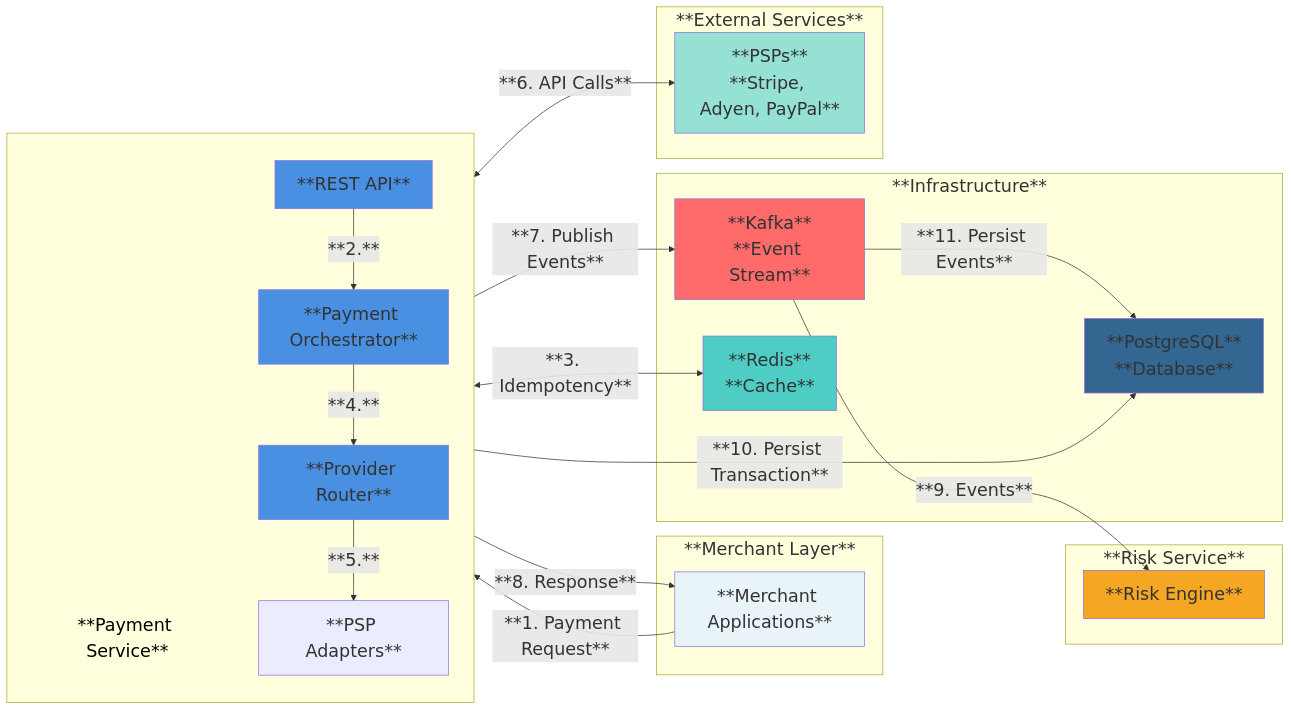
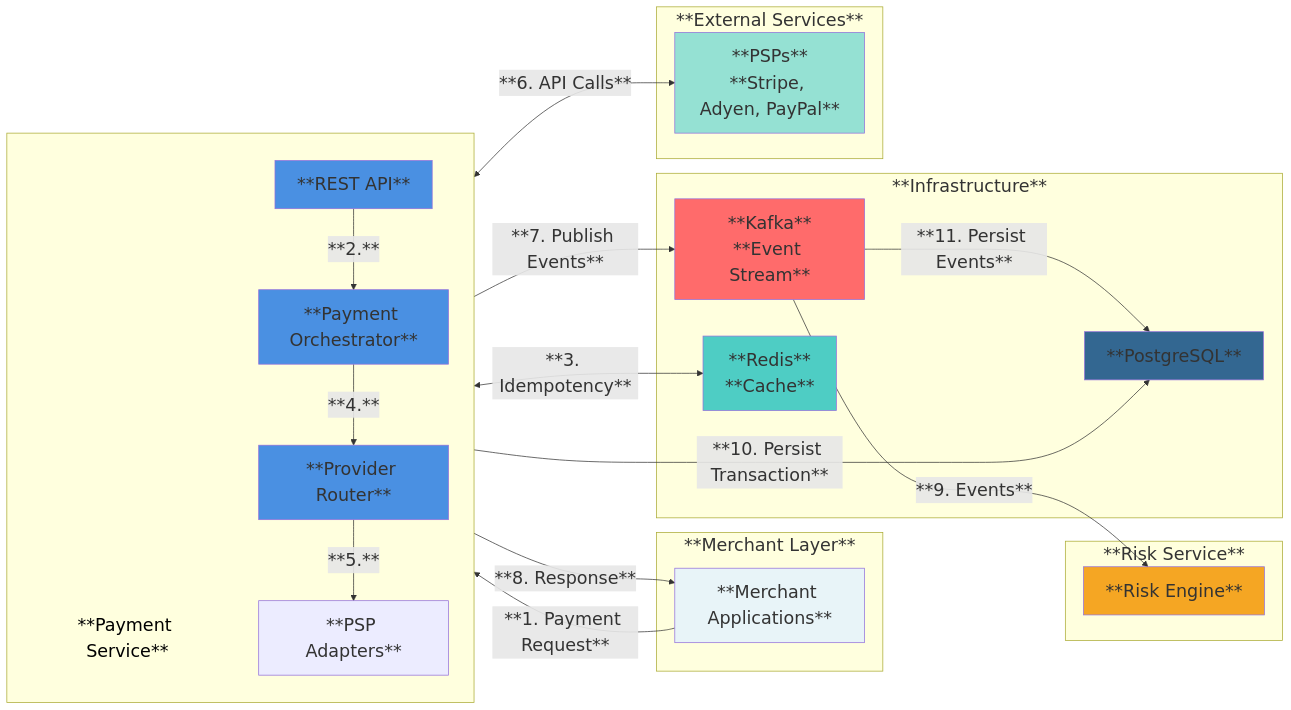
One commit to mehal1/payment-integration-framework changed the first of 3 diagrams in README.md. Above: the diagram before and after it, drawn with Mermaid. The commit also changed other lines of this file, not shown here.

Commit message:
feat: add payment query and reporting APIs
Add REST endpoints for querying transactions, events, and statistics.
Includes filtering, pagination, and aggregated stats for merchants and operations teams.

````diff
--- a/README.md
+++ b/README.md
@@ -110,63 +110,63 @@
 ```mermaid
 ---
 config:
   themeVariables:
     fontSize: 24px
     fontFamily: ''
     primaryTextColor: '#000000'
     lineColor: '#333333'
     primaryBorderColor: '#333333'
     subgraphPadding: 50
   layout: dagre
 ---
 graph LR
     subgraph ML["**Merchant Layer**"]
         MerchantApps[**Merchant Applications**]
     end
 
     subgraph PS[" "]
         direction TB
         PSLabel["**Payment Service**"]
         API[**REST API**]
         Orchestrator[**Payment Orchestrator**]
         Router[**Provider Router**]
         Adapters[**PSP Adapters**]
     end
 
     subgraph DL["**Infrastructure**"]
         Kafka[**Kafka**<br/>**Event Stream**]
         Redis[**Redis**<br/>**Cache**]
-        PostgreSQL[**PostgreSQL**<br/>**Database**]
+        PostgreSQL[**PostgreSQL**]
     end
 
     subgraph RS["**Risk Service**"]
         RiskEngine[**Risk Engine**]
     end
 
     subgraph ES["**External Services**"]
         PSPs[**PSPs**<br/>**Stripe, Adyen, PayPal**]
     end
 
     MerchantApps -->|**1. Payment Request**| API
     API -->|**2.**| Orchestrator
     Orchestrator <-->|**3. Idempotency**| Redis
     Orchestrator -->|**4.**| Router
     Router -->|**5.**| Adapters
     Adapters <-->|**6. API Calls**| PSPs
     Orchestrator -->|**7. Publish Events**| Kafka
     Orchestrator -->|**10. Persist Transaction**| PostgreSQL
     Kafka -->|**9. Events**| RiskEngine
     Kafka -->|**11. Persist Events**| PostgreSQL
     API -->|**8. Response**| MerchantApps
 
     style API fill:#4A90E2
     style Orchestrator fill:#4A90E2
     style Router fill:#4A90E2
     style Kafka fill:#FF6B6B
     style Redis fill:#4ECDC4
     style PostgreSQL fill:#336791
     style PSPs fill:#95E1D3
     style MerchantApps fill:#E8F4F8
     style PSLabel fill:transparent,stroke:transparent,color:#000000
     style RiskEngine fill:#F5A623
 ```
````
